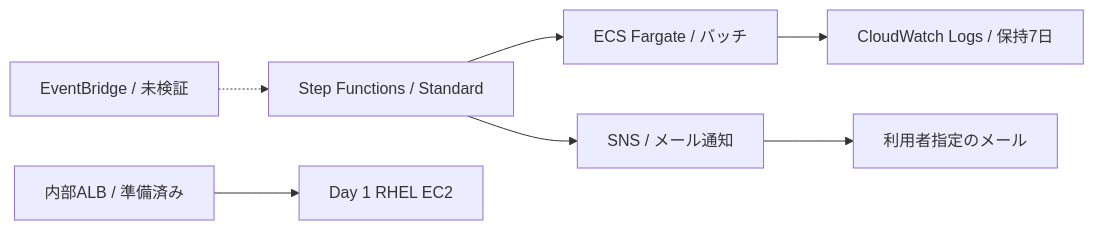
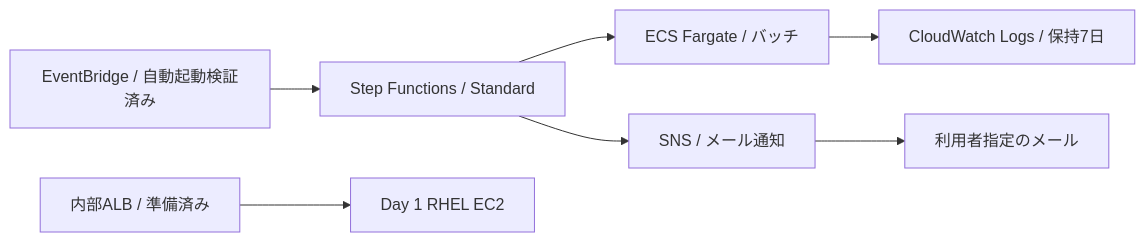
The diagram in docs/day4-console.md (mika-it-labs/aws-infrastructure-devops-portfolio), drawn with Mermaid before and after one commit. The commit also changed other lines of this file, not shown here.

Commit message:
docs: record verified EventBridge scheduled batch and notification

````diff
--- a/docs/day4-console.md
+++ b/docs/day4-console.md
@@ -9,9 +9,9 @@
 ```mermaid
 flowchart LR
   SFN["Step Functions / Standard"] --> ECS["ECS Fargate / バッチ"]
   ECS --> CW["CloudWatch Logs / 保持7日"]
   SFN --> SNS["SNS / メール通知"]
   SNS --> Email["利用者指定のメール"]
-  Event["EventBridge / 未検証"] -.-> SFN
+  Event["EventBridge / 自動起動検証済み"] --> SFN
   ALB["内部ALB / 準備済み"] --> EC2["Day 1 RHEL EC2"]
 ```
````
